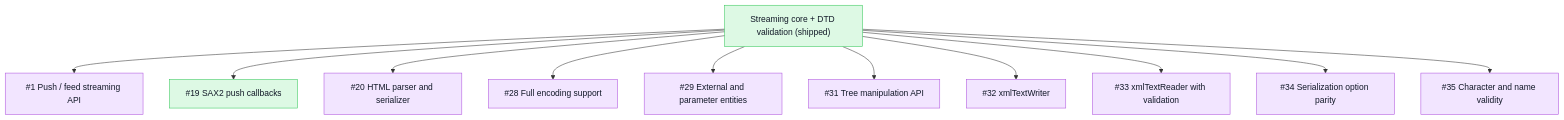
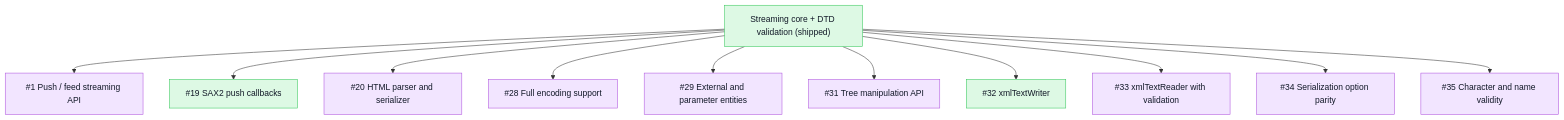
The second of 5 diagrams in README.md (mihaelamj/PureXML), drawn with Mermaid before and after one commit. The commit also changed 5 other files, not shown here.

First line of the commit message:
feat(emitting): add an incremental XML writer (xmlTextWriter)

````diff
--- a/README.md
+++ b/README.md
@@ -52,28 +52,28 @@
 ```mermaid
 flowchart TB
   classDef done fill:#ddf9e4,stroke:#34c759,color:#111827
   classDef review fill:#fff7d6,stroke:#ffcc00,color:#111827
   classDef epic fill:#f2e5ff,stroke:#af52de,color:#111827
   classDef todo fill:#f2f4f7,stroke:#8e8e93,color:#111827
   Core["Streaming core + DTD validation (shipped)"]:::done
   Push["#1 Push / feed streaming API"]:::epic
   Sax["#19 SAX2 push callbacks"]:::done
   Html["#20 HTML parser and serializer"]:::epic
   Enc["#28 Full encoding support"]:::epic
   Ent["#29 External and parameter entities"]:::epic
   TreeApi["#31 Tree manipulation API"]:::epic
-  Writer["#32 xmlTextWriter"]:::epic
+  Writer["#32 xmlTextWriter"]:::done
   Reader["#33 xmlTextReader with validation"]:::epic
   Save["#34 Serialization option parity"]:::epic
   Chars["#35 Character and name validity"]:::epic
   Core --> Push
   Core --> Sax
   Core --> Html
   Core --> Enc
   Core --> Ent
   Core --> TreeApi
   Core --> Writer
   Core --> Reader
   Core --> Save
   Core --> Chars
 ```
````
